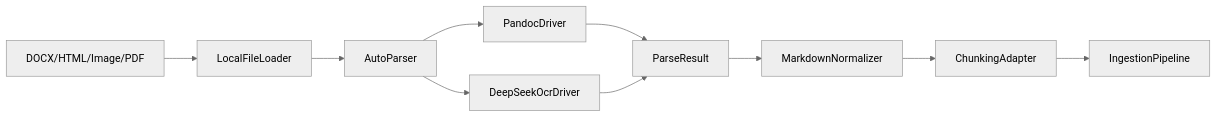
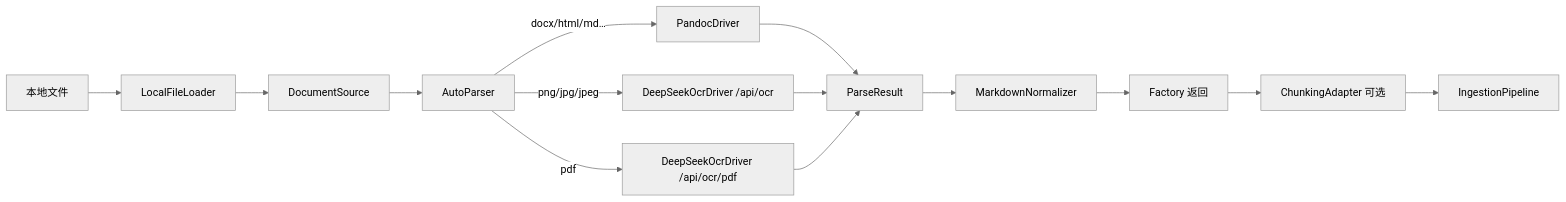
Before and after one commit to bingcool/swoolefy: the diagram in docs/DocumentOcr.md, drawn with Mermaid (neutral theme). The commit also changed other lines of this file and 3 other files, not shown here.

````diff
--- a/docs/DocumentOcr.md
+++ b/docs/DocumentOcr.md
@@ -26,12 +22,16 @@
 ```mermaid
 flowchart LR
-    Upload["DOCX/HTML/Image/PDF"] --> Loader[LocalFileLoader]
-    Loader --> AutoParser[AutoParser]
-    AutoParser --> Pandoc[PandocDriver]
-    AutoParser --> DeepSeek[DeepSeekOcrDriver]
-    Pandoc --> Parsed[ParseResult]
-    DeepSeek --> Parsed
-    Parsed --> Normalizer[MarkdownNormalizer]
-    Normalizer --> Chunking[ChunkingAdapter]
-    Chunking --> Rag[IngestionPipeline]
+  File[本地文件] --> Loader[LocalFileLoader]
+  Loader --> Src[DocumentSource]
+  Src --> Auto[AutoParser]
+  Auto -->|docx/html/md…| Pandoc[PandocDriver]
+  Auto -->|png/jpg/jpeg| OCR[DeepSeekOcrDriver /api/ocr]
+  Auto -->|pdf| OCRPDF[DeepSeekOcrDriver /api/ocr/pdf]
+  Pandoc --> PR[ParseResult]
+  OCR --> PR
+  OCRPDF --> PR
+  PR --> Norm[MarkdownNormalizer]
+  Norm --> Out[Factory 返回]
+  Out --> Chunk[ChunkingAdapter 可选]
+  Chunk --> RAG[IngestionPipeline]
 ```
````
